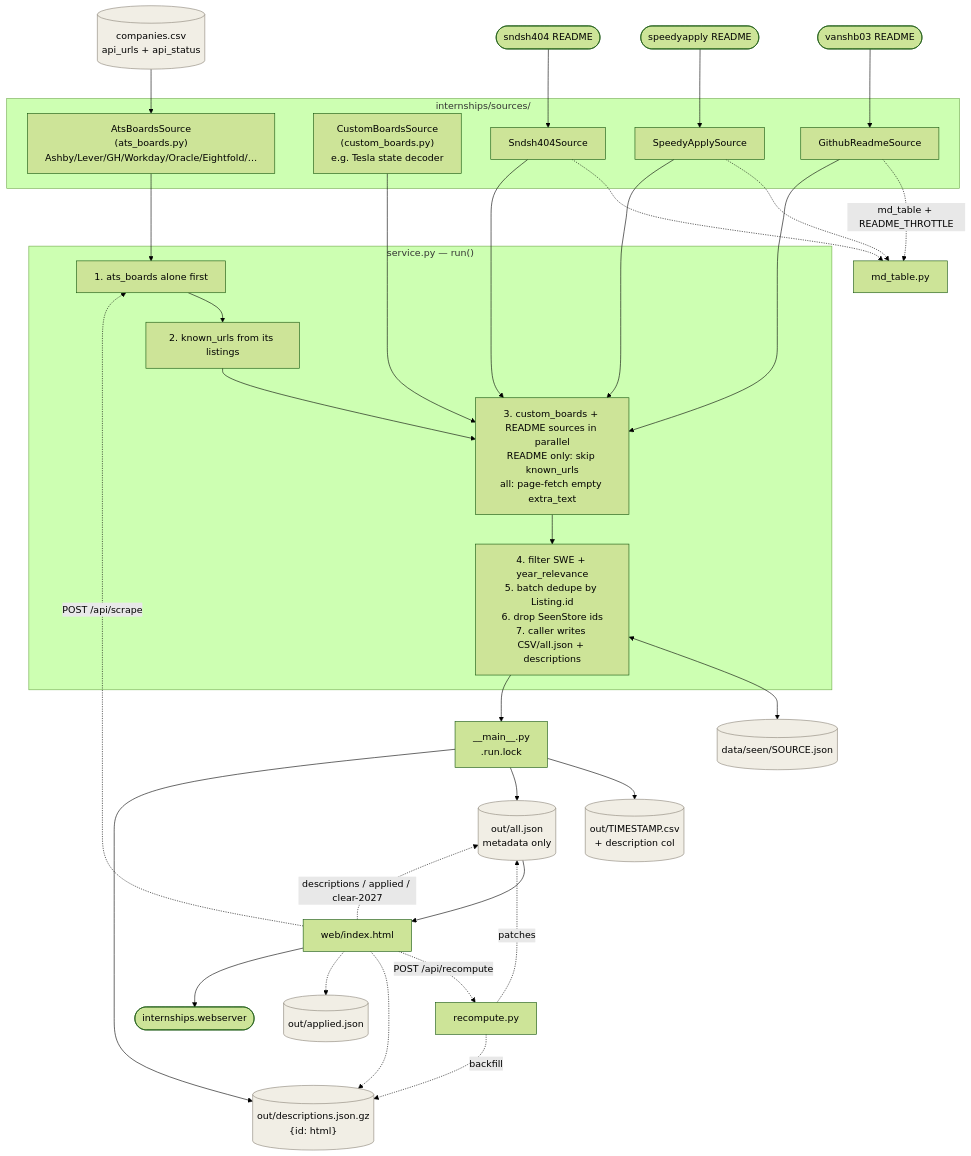
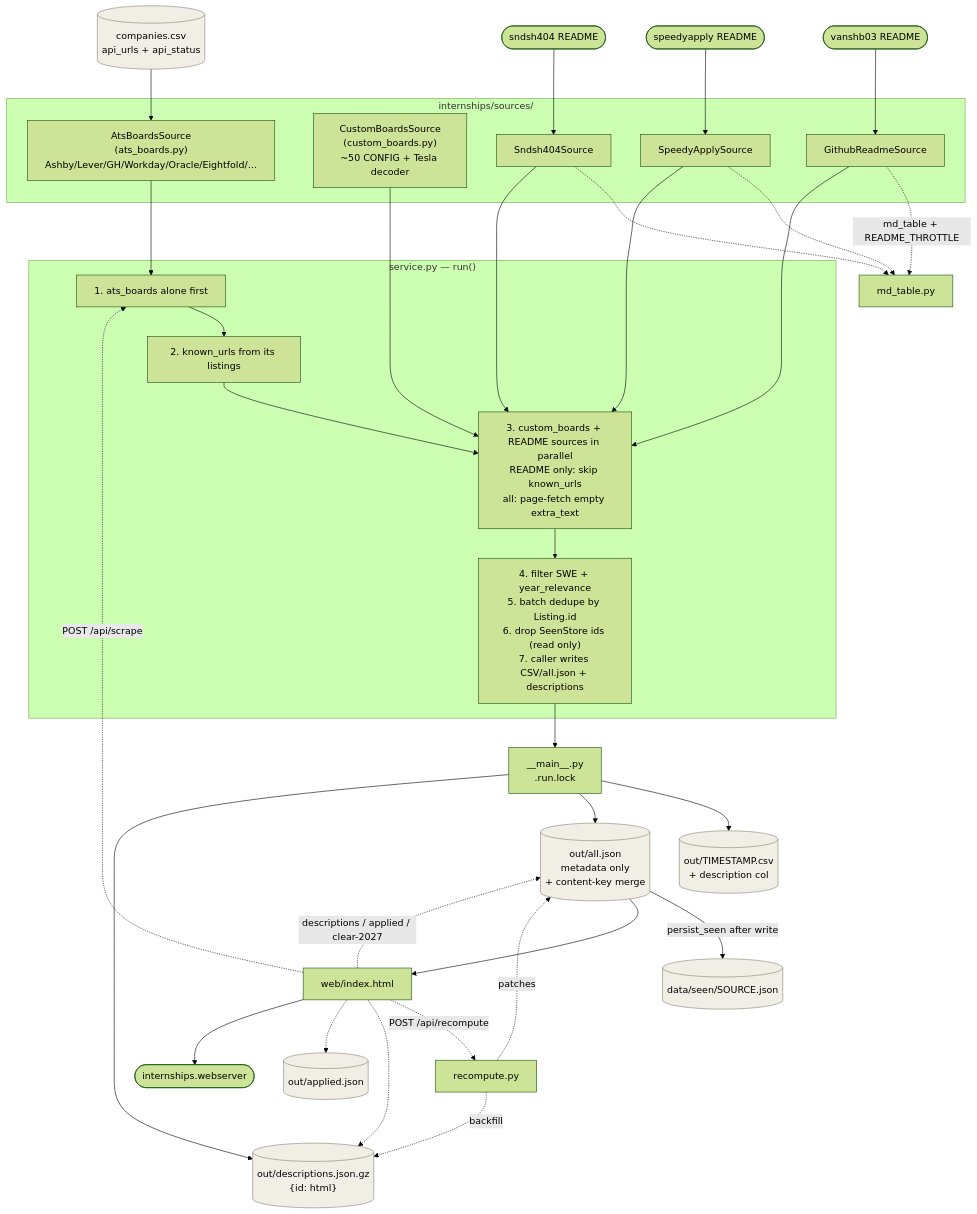
The diagram in docs/architecture.md (douglasichen/internships), drawn with Mermaid (forest theme) before and after one commit. The commit also changed other lines of this file and 1 other file, not shown here.

First line of the commit message:
Docs: fix identity, seen-after-write, custom_boards, and lock 409s (#75)

````diff
--- a/docs/architecture.md
+++ b/docs/architecture.md
@@ -9,59 +9,57 @@
 ```mermaid
 flowchart TD
     subgraph Sources["internships/sources/"]
         ATS["AtsBoardsSource\n(ats_boards.py)\nAshby/Lever/GH/Workday/Oracle/Eightfold/…"]
-        CB["CustomBoardsSource\n(custom_boards.py)\ne.g. Tesla state decoder"]
+        CB["CustomBoardsSource\n(custom_boards.py)\n~50 CONFIG + Tesla decoder"]
         GH["GithubReadmeSource"]
         SA["SpeedyApplySource"]
         SN["Sndsh404Source"]
     end
 
     CSV[("companies.csv\napi_urls + api_status")] --> ATS
     R1(["vanshb03 README"]) --> GH
     R2(["speedyapply README"]) --> SA
     R3(["sndsh404 README"]) --> SN
 
     GH -.->|md_table + README_THROTTLE| MD["md_table.py"]
     SA -.-> MD
     SN -.-> MD
 
     subgraph Orchestrator["service.py — run()"]
         STEP1["1. ats_boards alone first"]
         STEP2["2. known_urls from its listings"]
         STEP3["3. custom_boards + README sources in parallel\nREADME only: skip known_urls\nall: page-fetch empty extra_text"]
-        STEP4["4. filter SWE + year_relevance\n5. batch dedupe by Listing.id\n6. drop SeenStore ids\n7. caller writes CSV/all.json + descriptions"]
+        STEP4["4. filter SWE + year_relevance\n5. batch dedupe by Listing.id\n6. drop SeenStore ids (read only)\n7. caller writes CSV/all.json + descriptions"]
         STEP1 --> STEP2 --> STEP3 --> STEP4
     end
 
     ATS --> STEP1
     CB --> STEP3
     GH --> STEP3
     SA --> STEP3
     SN --> STEP3
 
-    SEEN[("data/seen/SOURCE.json")]
-    STEP4 <--> SEEN
-
     STEP4 --> MAIN["__main__.py\n.run.lock"]
     MAIN --> CSVOUT[("out/TIMESTAMP.csv\n+ description col")]
-    MAIN --> ALLJSON[("out/all.json\nmetadata only")]
+    MAIN --> ALLJSON[("out/all.json\nmetadata only\n+ content-key merge")]
     MAIN --> DESCS[("out/descriptions.json.gz\n{id: html}")]
+    ALLJSON -->|persist_seen after write| SEEN[("data/seen/SOURCE.json")]
 
     RECOMPUTE["recompute.py"] -.->|patches| ALLJSON
     RECOMPUTE -.->|backfill| DESCS
     WEB -.->|POST /api/recompute| RECOMPUTE
     WEB -.->|POST /api/scrape| STEP1
     WEB -.->|descriptions / applied / clear-2027| ALLJSON
     WEB -.-> DESCS
     WEB -.-> APPLIED[("out/applied.json")]
 
     ALLJSON --> WEB["web/index.html"]
     WEB --> Browser(["internships.webserver"])
 
     style CSV fill:#F1EEE5,stroke:#8A8478
     style SEEN fill:#F1EEE5,stroke:#8A8478
     style CSVOUT fill:#F1EEE5,stroke:#8A8478
     style ALLJSON fill:#F1EEE5,stroke:#8A8478
     style DESCS fill:#F1EEE5,stroke:#8A8478
     style APPLIED fill:#F1EEE5,stroke:#8A8478
 ```
````
